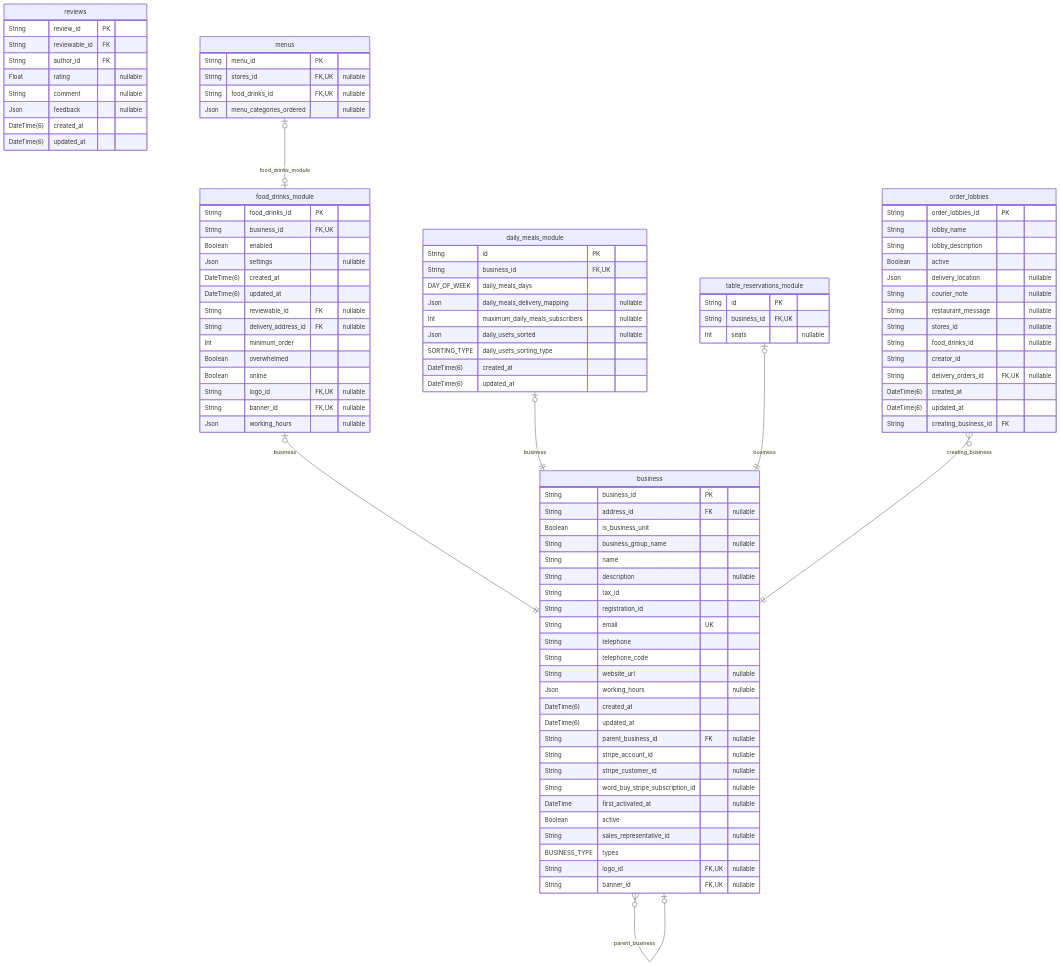
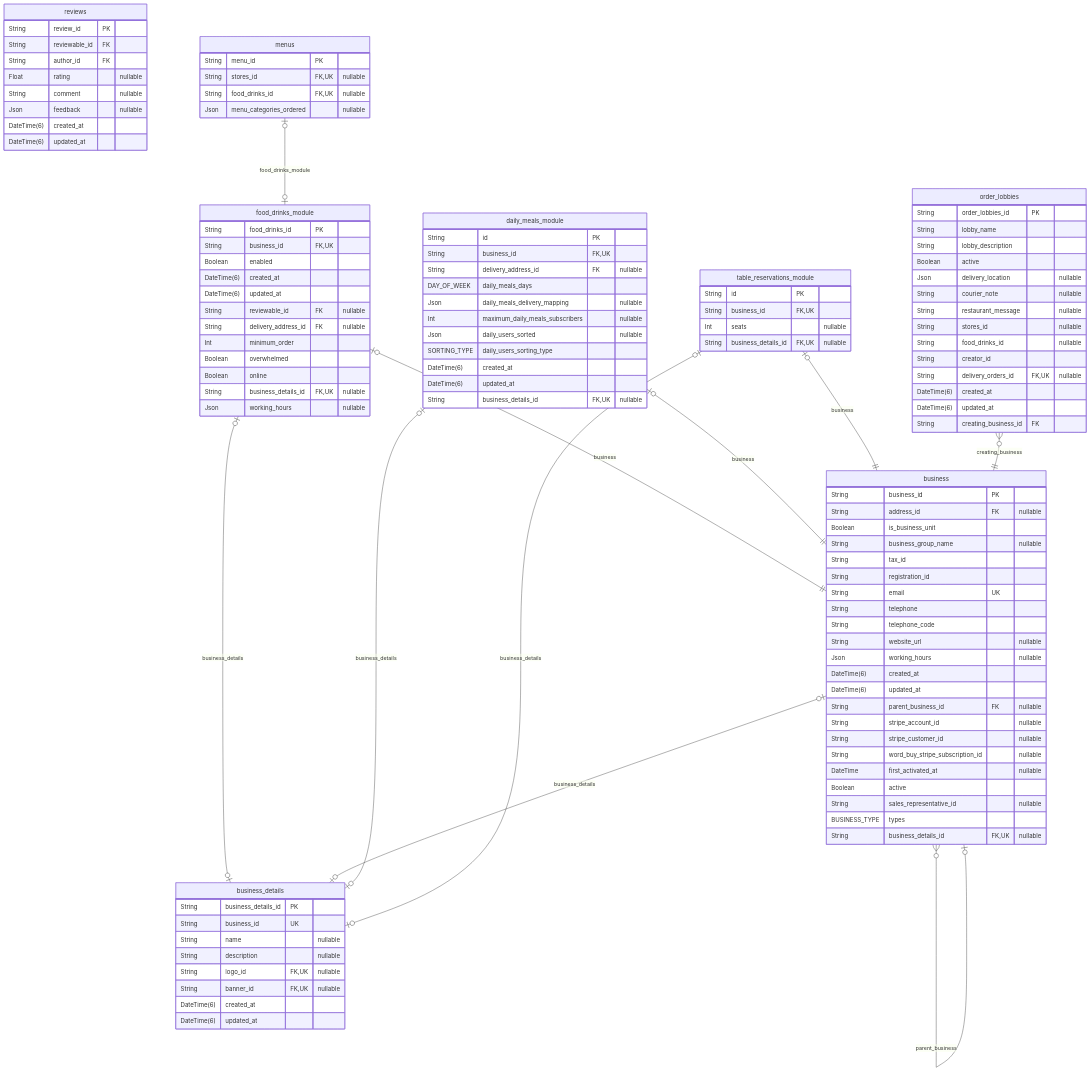
Before and after one commit to pbozic/be-analyisis: diagram 23 of 40 in prisma/schemas/ERD.md, drawn with Mermaid. The commit also changed other lines of this file and 9 other files, not shown here.

````diff
--- a/prisma/schemas/ERD.md
+++ b/prisma/schemas/ERD.md
@@ -3794,7 +3804,6 @@
   String food_drinks_id PK
   String business_id FK,UK
   Boolean enabled
-  Json settings "nullable"
   DateTime(6) created_at
   DateTime(6) updated_at
   String reviewable_id FK "nullable"
@@ -3802,8 +3811,7 @@
   Int minimum_order
   Boolean overwhelmed
   Boolean online
-  String logo_id FK,UK "nullable"
-  String banner_id FK,UK "nullable"
+  String business_details_id FK,UK "nullable"
   Json working_hours "nullable"
 }
 "reviews" {
@@ -3821,8 +3829,6 @@
   String address_id FK "nullable"
   Boolean is_business_unit
   String business_group_name "nullable"
-  String name
-  String description "nullable"
   String tax_id
   String registration_id
   String email UK
@@ -3840,12 +3846,22 @@
   Boolean active
   String sales_representative_id "nullable"
   BUSINESS_TYPE types
+  String business_details_id FK,UK "nullable"
+}
+"business_details" {
+  String business_details_id PK
+  String business_id UK
+  String name "nullable"
+  String description "nullable"
   String logo_id FK,UK "nullable"
   String banner_id FK,UK "nullable"
+  DateTime(6) created_at
+  DateTime(6) updated_at
 }
 "daily_meals_module" {
   String id PK
   String business_id FK,UK
+  String delivery_address_id FK "nullable"
   DAY_OF_WEEK daily_meals_days
   Json daily_meals_delivery_mapping "nullable"
   Int maximum_daily_meals_subscribers "nullable"
@@ -3853,6 +3869,7 @@
   SORTING_TYPE daily_users_sorting_type
   DateTime(6) created_at
   DateTime(6) updated_at
+  String business_details_id FK,UK "nullable"
 }
 "menus" {
   String menu_id PK
@@ -3864,6 +3881,7 @@
   String id PK
   String business_id FK,UK
   Int seats "nullable"
+  String business_details_id FK,UK "nullable"
 }
 "order_lobbies" {
   String order_lobbies_id PK
@@ -3882,9 +3900,13 @@
   String creating_business_id FK
 }
 "food_drinks_module" |o--|| "business" : business
+"food_drinks_module" |o--o| "business_details" : business_details
 "business" }o--o| "business" : parent_business
+"business" |o--o| "business_details" : business_details
 "daily_meals_module" |o--|| "business" : business
+"daily_meals_module" |o--o| "business_details" : business_details
 "menus" |o--o| "food_drinks_module" : food_drinks_module
 "table_reservations_module" |o--|| "business" : business
+"table_reservations_module" |o--o| "business_details" : business_details
 "order_lobbies" }o--|| "business" : creating_business
 ```
````
